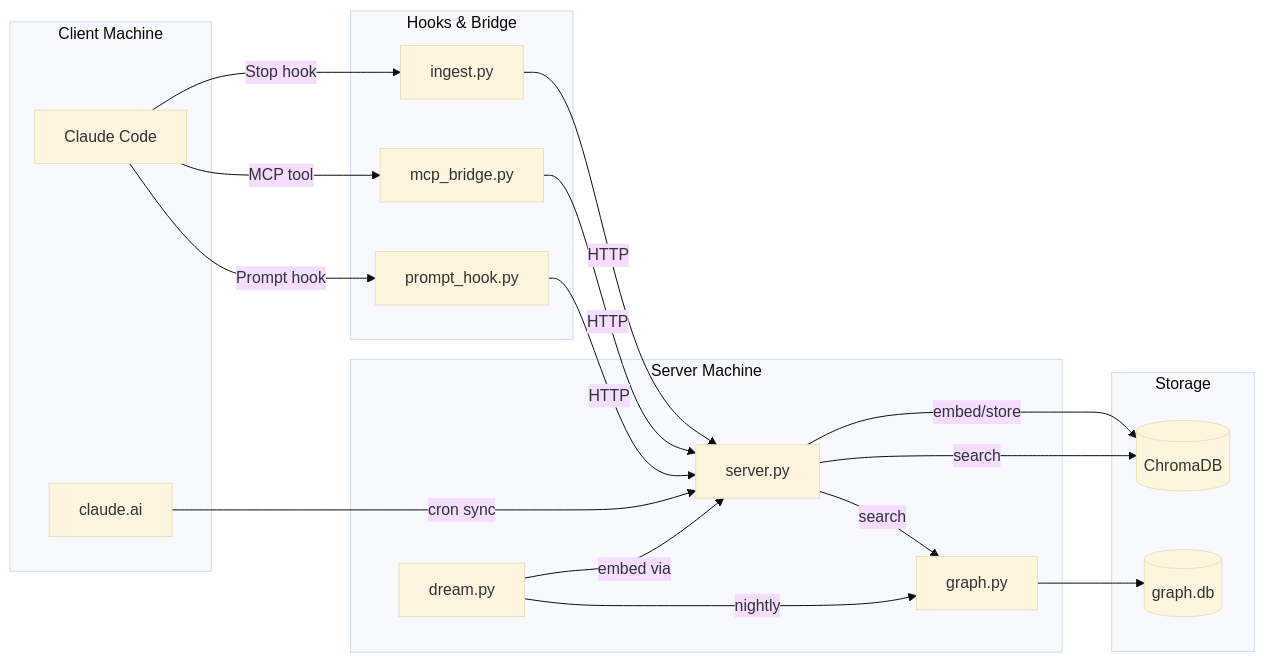
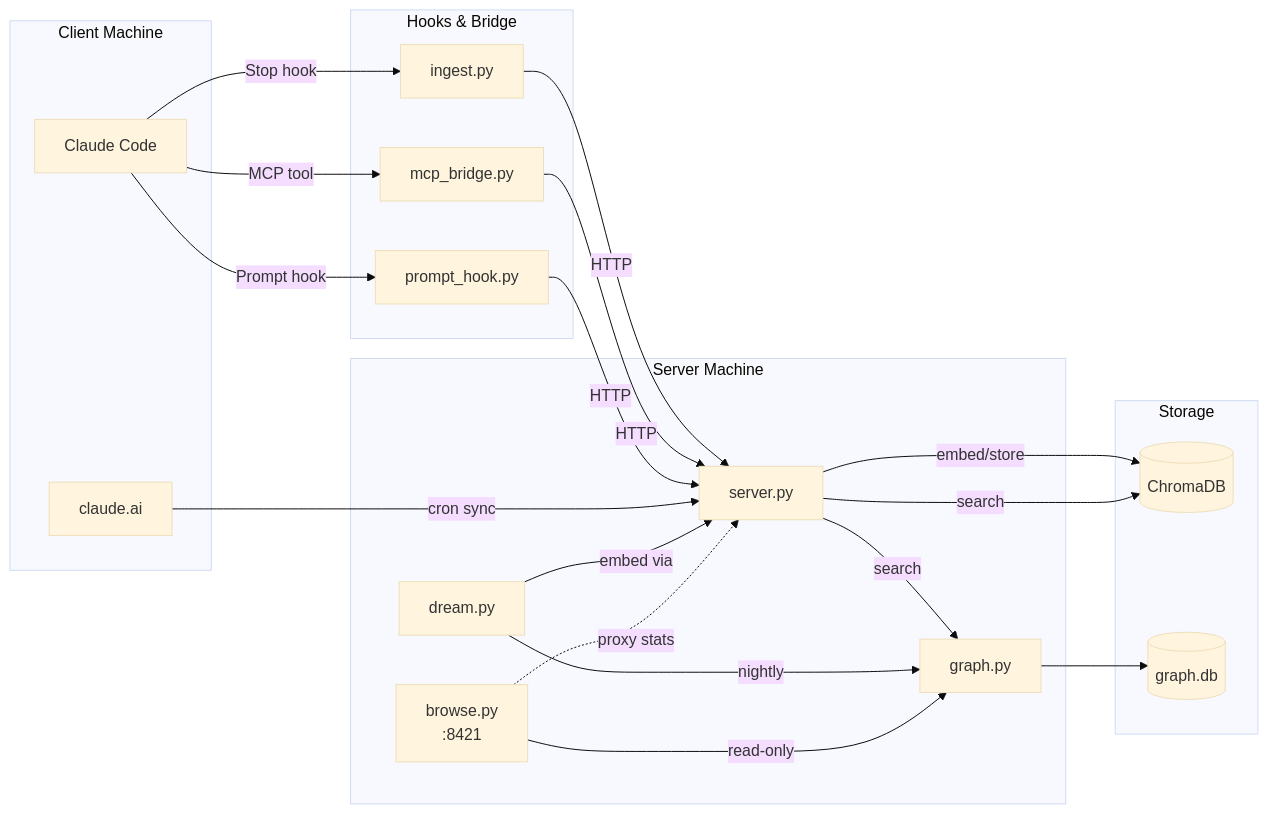
The first of 2 diagrams in README.md (cohen990/claude-memory-server), drawn with Mermaid (base theme) before and after one commit. The commit also changed other lines of this file and 13 other files, not shown here.

````diff
--- a/README.md
+++ b/README.md
@@ -11,42 +11,45 @@
 ```mermaid
 graph LR
     subgraph Client Machine
         CC[Claude Code]
         CA[claude.ai]
     end
 
     subgraph Hooks & Bridge
         ING[ingest.py]
         PH[prompt_hook.py]
         MCP[mcp_bridge.py]
     end
 
     subgraph Server Machine
         SRV[server.py]
         DREAM[dream.py]
         GRAPH[graph.py]
+        BROWSE[browse.py<br/>:8421]
     end
 
     subgraph Storage
         CHROMA[(ChromaDB)]
         SQLITE[(graph.db)]
     end
 
     CC -- "Stop hook" --> ING
     CC -- "MCP tool" --> MCP
     CC -- "Prompt hook" --> PH
 
     ING -- HTTP --> SRV
     MCP -- HTTP --> SRV
     PH -- HTTP --> SRV
 
     SRV -- embed/store --> CHROMA
     SRV -- search --> CHROMA
     SRV -- search --> GRAPH
 
     CA -- "cron sync" --> SRV
 
     DREAM -- "nightly" --> GRAPH
     DREAM -- "embed via" --> SRV
+    BROWSE -- "read-only" --> GRAPH
+    BROWSE -. "proxy stats" .-> SRV
     GRAPH --> SQLITE
 ```
````
